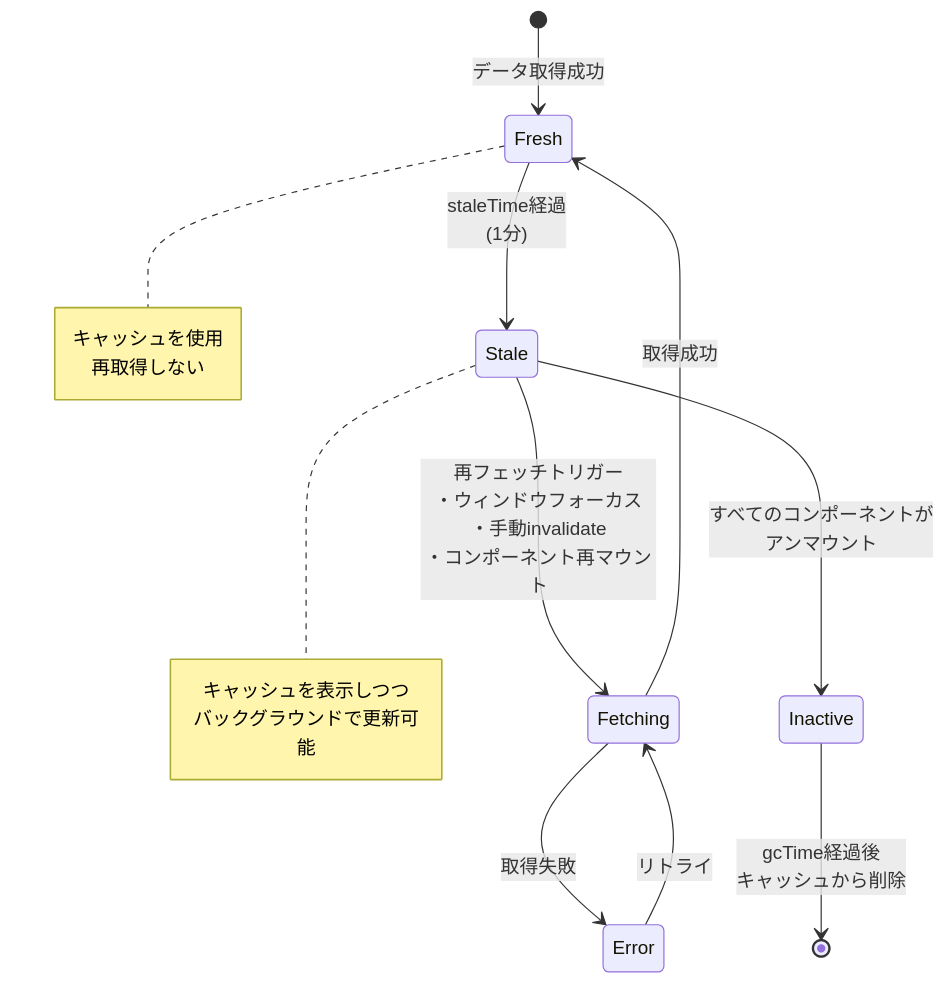
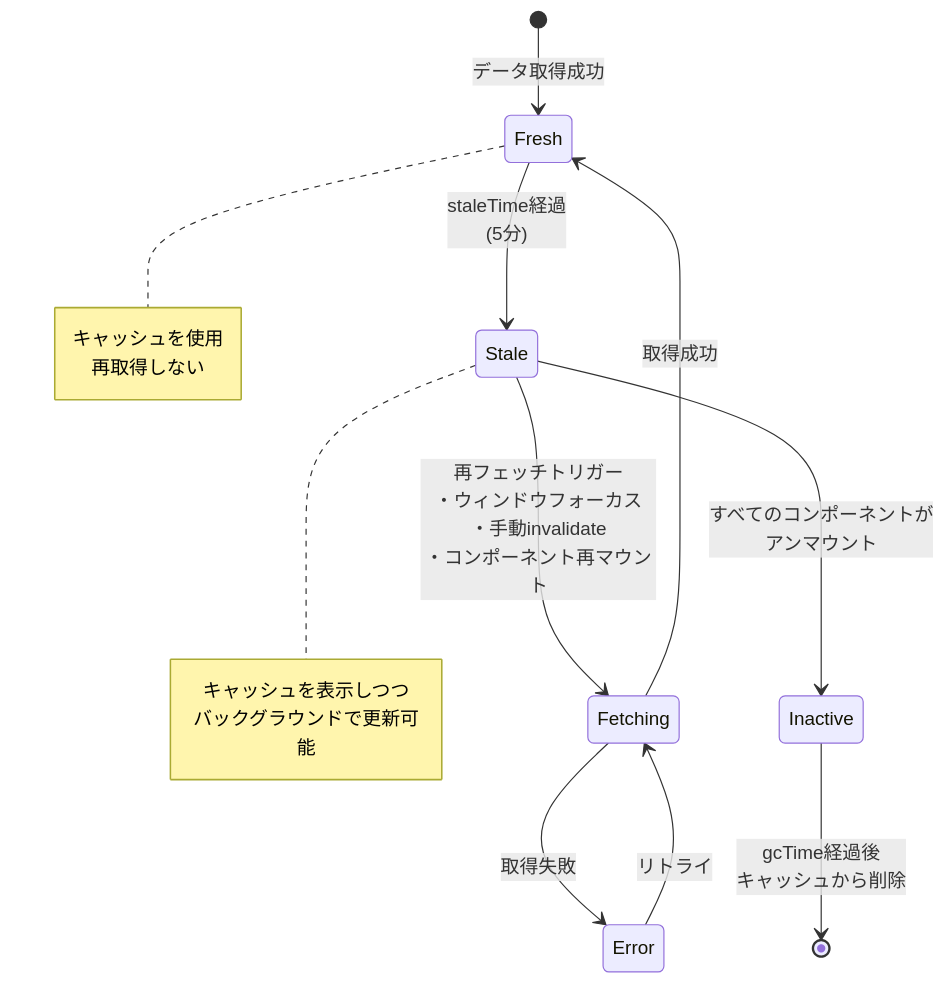
The fourth of 4 diagrams in docs/03-core-concepts/02-state-management.md (nomura-koshiro/next-app-docs), drawn with Mermaid before and after one commit. The commit also changed 78 other files, not shown here.

````diff
--- a/docs/03-core-concepts/02-state-management.md
+++ b/docs/03-core-concepts/02-state-management.md
@@ -287,21 +287,21 @@
 ```mermaid
 stateDiagram-v2
     [*] --> Fresh: データ取得成功
-    Fresh --> Stale: staleTime経過<br/>(1分)
+    Fresh --> Stale: staleTime経過<br/>(5分)
     Stale --> Fetching: 再フェッチトリガー<br/>・ウィンドウフォーカス<br/>・手動invalidate<br/>・コンポーネント再マウント
     Fetching --> Fresh: 取得成功
     Fetching --> Error: 取得失敗
     Error --> Fetching: リトライ
     Stale --> Inactive: すべてのコンポーネントが<br/>アンマウント
     Inactive --> [*]: gcTime経過後<br/>キャッシュから削除
 
     note right of Fresh
         キャッシュを使用
         再取得しない
     end note
 
     note right of Stale
         キャッシュを表示しつつ
         バックグラウンドで更新可能
     end note
 ```
````
